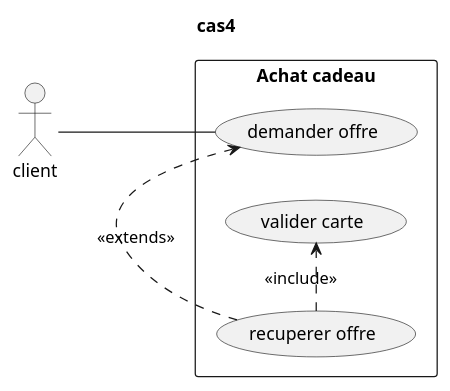
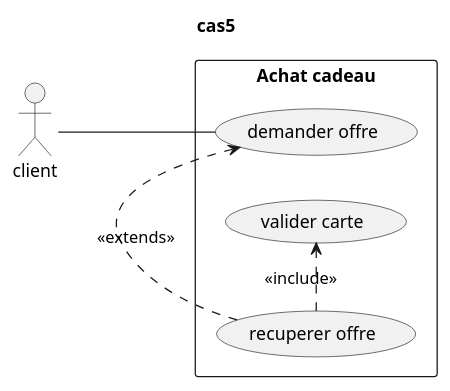
One commit to ZeroAbsolue/infidelite changed the sixth of 6 diagrams in Readme.puml. Above: the diagram before and after it, drawn with PlantUML. The commit also changed other lines of this file and 2 other files, not shown here.

Commit message:
Ajout du cas bonus d'infidelite

```diff
--- a/Readme.puml
+++ b/Readme.puml
@@ -123,17 +151,17 @@
 @startuml
-title cas4
+title cas5
 left to right direction
 
 actor client as C
 rectangle "Achat cadeau" {
     usecase "demander offre" as UC1
     usecase "recuperer offre" as UC2
     usecase "valider carte" as UC3
 
     UC2 .> UC1 : <<extends>>
     UC2 .> UC3 : <<include>>
 
 }
 
 C -- UC1
 @enduml
```
